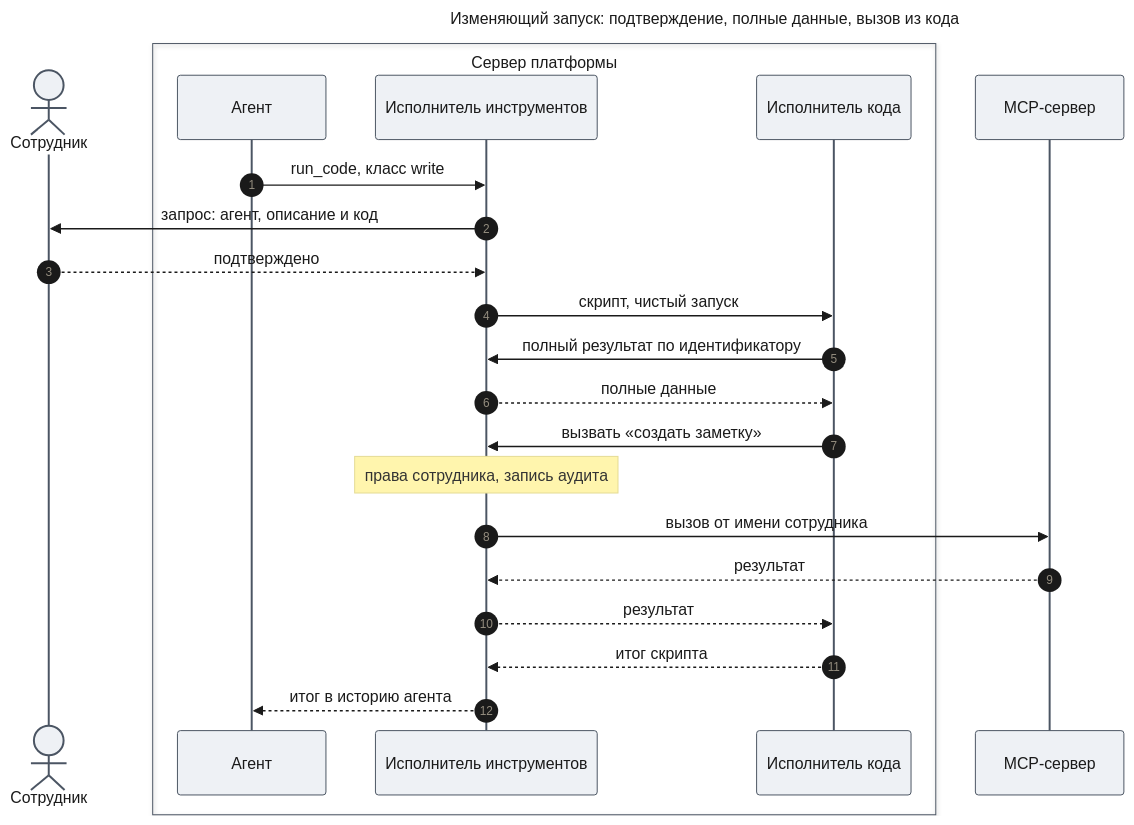
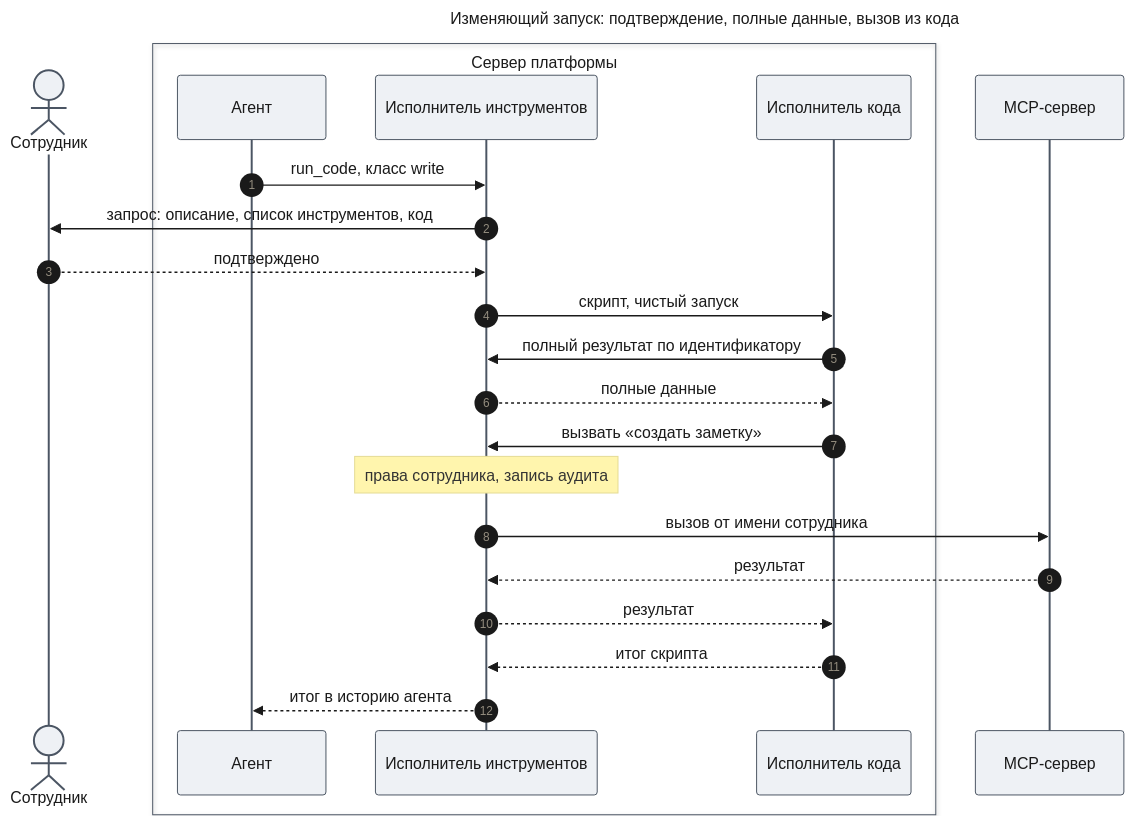
The second of 3 diagrams in docs/features/code-execution/prd.md (tundraray/agent-os), drawn with Mermaid before and after one commit. The commit also changed other lines of this file, not shown here.

````diff
--- a/docs/features/code-execution/prd.md
+++ b/docs/features/code-execution/prd.md
@@ -149,50 +150,50 @@
 ```mermaid
 ---
 title: "Изменяющий запуск: подтверждение, полные данные, вызов из кода"
 config:
   theme: base
   look: classic
   themeVariables:
     primaryColor: "#eef1f5"
     primaryBorderColor: "#4b5563"
     primaryTextColor: "#1a1a1a"
     lineColor: "#6b7280"
   themeCSS: |
     @keyframes lit_cx{0%,7.5%{stroke:#991b1b;stroke-width:6px}8.33%,100%{stroke:#37474f;stroke-width:2px}}
     @keyframes litr_cx{0%,7.5%{stroke:#1d4ed8;stroke-width:6px}8.33%,100%{stroke:#37474f;stroke-width:2px}}
     .messageLine0[data-id='i1'],.messageLine1[data-id='i1']{animation:lit_cx 14.4s linear 0s infinite}
     .messageLine0[data-id='i2'],.messageLine1[data-id='i2']{animation:lit_cx 14.4s linear 1.2s infinite}
     .messageLine0[data-id='i3'],.messageLine1[data-id='i3']{animation:litr_cx 14.4s linear 2.4s infinite}
     .messageLine0[data-id='i4'],.messageLine1[data-id='i4']{animation:lit_cx 14.4s linear 3.6s infinite}
     .messageLine0[data-id='i5'],.messageLine1[data-id='i5']{animation:lit_cx 14.4s linear 4.8s infinite}
     .messageLine0[data-id='i6'],.messageLine1[data-id='i6']{animation:litr_cx 14.4s linear 6s infinite}
     .messageLine0[data-id='i7'],.messageLine1[data-id='i7']{animation:lit_cx 14.4s linear 7.2s infinite}
     .messageLine0[data-id='i9'],.messageLine1[data-id='i9']{animation:lit_cx 14.4s linear 8.4s infinite}
     .messageLine0[data-id='i10'],.messageLine1[data-id='i10']{animation:litr_cx 14.4s linear 9.6s infinite}
     .messageLine0[data-id='i11'],.messageLine1[data-id='i11']{animation:litr_cx 14.4s linear 10.8s infinite}
     .messageLine0[data-id='i12'],.messageLine1[data-id='i12']{animation:litr_cx 14.4s linear 12s infinite}
     .messageLine0[data-id='i13'],.messageLine1[data-id='i13']{animation:litr_cx 14.4s linear 13.2s infinite}
 ---
 sequenceDiagram
     autonumber
     actor U as Сотрудник
     box Сервер платформы
     participant A as Агент
     participant P as Исполнитель инструментов
     participant R as Исполнитель кода
     end
     participant M as MCP-сервер
     A->>P: run_code, класс write
-    P->>U: запрос: агент, описание и код
+    P->>U: запрос: описание, список инструментов, код
     U-->>P: подтверждено
     P->>R: скрипт, чистый запуск
     R->>P: полный результат по идентификатору
     P-->>R: полные данные
     R->>P: вызвать «создать заметку»
     Note over P: права сотрудника, запись аудита
     P->>M: вызов от имени сотрудника
     M-->>P: результат
     P-->>R: результат
     R-->>P: итог скрипта
     P-->>A: итог в историю агента
 ```
````
